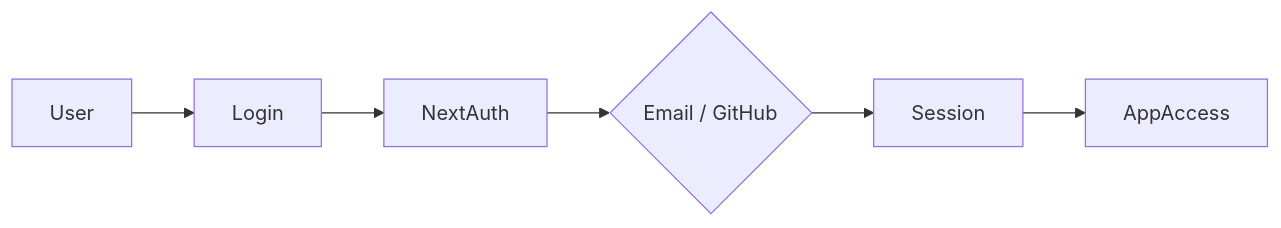
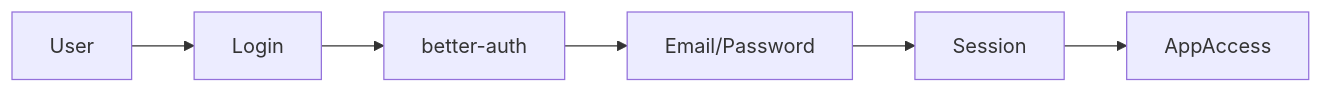
The second of 3 diagrams in context/project-overview.md (Labnerd-net/dev-stash), drawn with Mermaid before and after one commit. The commit also changed other lines of this file and 30 other files, not shown here.

````diff
--- a/context/project-overview.md
+++ b/context/project-overview.md
@@ -265,8 +259,8 @@
 ```mermaid
 flowchart LR
   User --> Login
-  Login --> NextAuth
-  NextAuth --> Providers{Email / GitHub}
-  Providers --> Session
+  Login --> better-auth
+  better-auth --> Email/Password
+  Email/Password --> Session
   Session --> AppAccess
 ```
````
